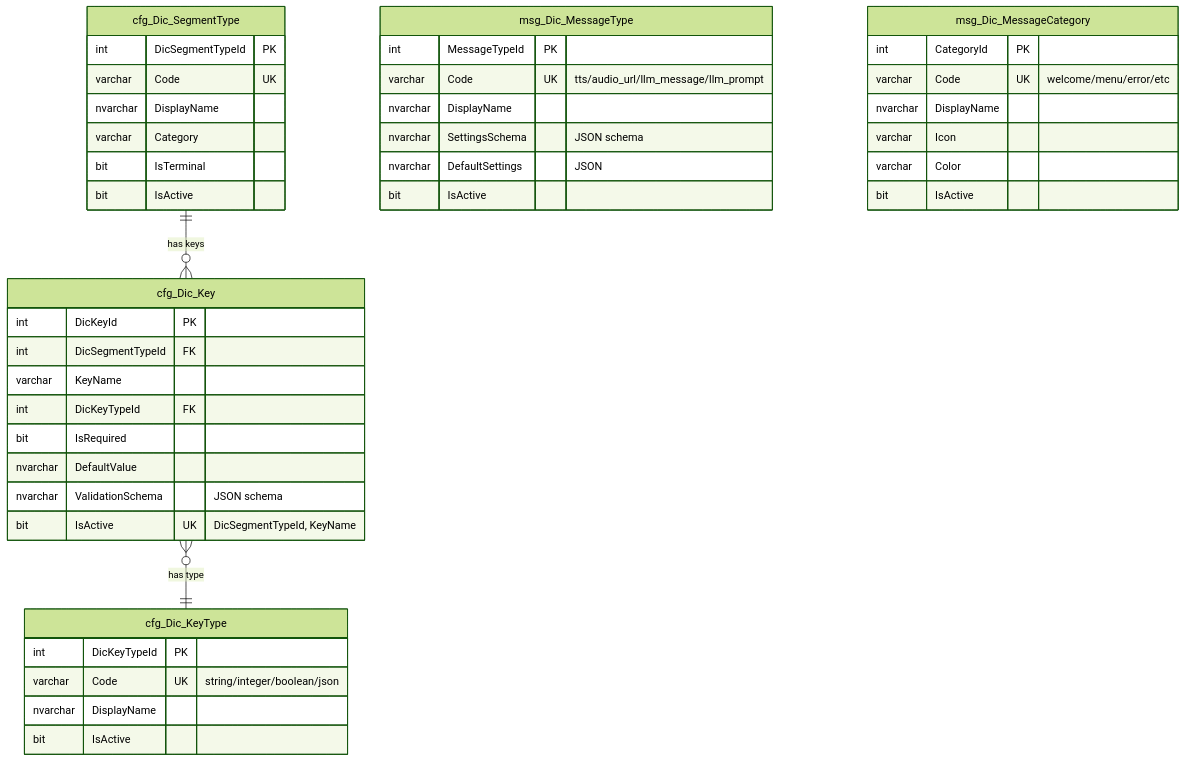
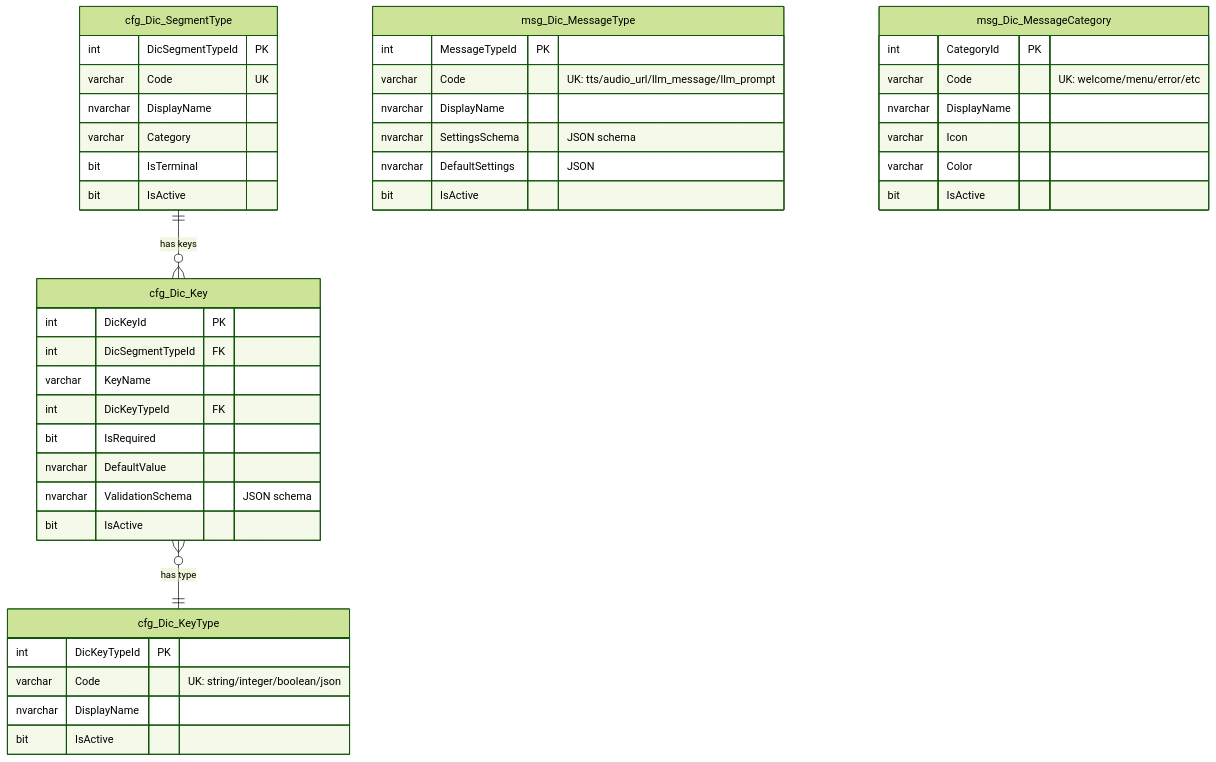
One commit to MertensMattias/routing-data-layer-doc changed the fifth of 5 diagrams in docs/DATABASE_SCHEMA.md. Above: the diagram before and after it, drawn with Mermaid (forest theme). The commit also changed other lines of this file and 1 other file, not shown here.

Commit message:
Update DATABASE_SCHEMA.md to clarify unique key annotations and adjust DEVELOPER_GUIDE.md for IVR style color consistency.

````diff
--- a/docs/DATABASE_SCHEMA.md
+++ b/docs/DATABASE_SCHEMA.md
@@ -297,51 +293,50 @@
 ```mermaid
 erDiagram
     cfg_Dic_SegmentType ||--o{ cfg_Dic_Key : "has keys"
     cfg_Dic_Key }o--|| cfg_Dic_KeyType : "has type"
 
     cfg_Dic_SegmentType {
         int DicSegmentTypeId PK
         varchar Code UK
         nvarchar DisplayName
         varchar Category
         bit IsTerminal
         bit IsActive
     }
 
     cfg_Dic_Key {
         int DicKeyId PK
         int DicSegmentTypeId FK
         varchar KeyName
         int DicKeyTypeId FK
         bit IsRequired
         nvarchar DefaultValue
         nvarchar ValidationSchema "JSON schema"
         bit IsActive
-        UK "DicSegmentTypeId, KeyName"
     }
 
     cfg_Dic_KeyType {
         int DicKeyTypeId PK
-        varchar Code UK "string/integer/boolean/json"
+        varchar Code "UK: string/integer/boolean/json"
         nvarchar DisplayName
         bit IsActive
     }
 
     msg_Dic_MessageType {
         int MessageTypeId PK
-        varchar Code UK "tts/audio_url/llm_message/llm_prompt"
+        varchar Code "UK: tts/audio_url/llm_message/llm_prompt"
         nvarchar DisplayName
         nvarchar SettingsSchema "JSON schema"
         nvarchar DefaultSettings "JSON"
         bit IsActive
     }
 
     msg_Dic_MessageCategory {
         int CategoryId PK
-        varchar Code UK "welcome/menu/error/etc"
+        varchar Code "UK: welcome/menu/error/etc"
         nvarchar DisplayName
         varchar Icon
         varchar Color
         bit IsActive
     }
 ```
````
